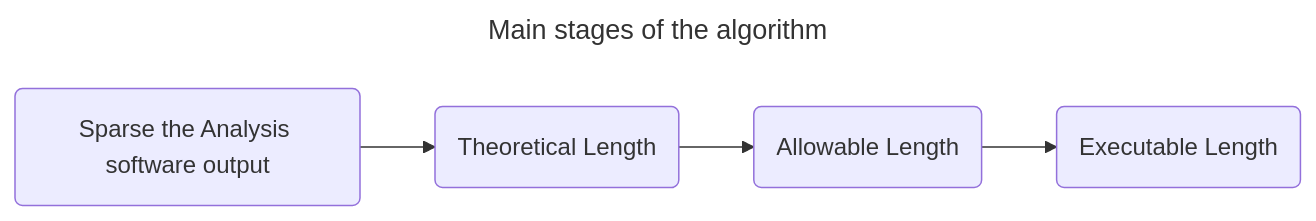
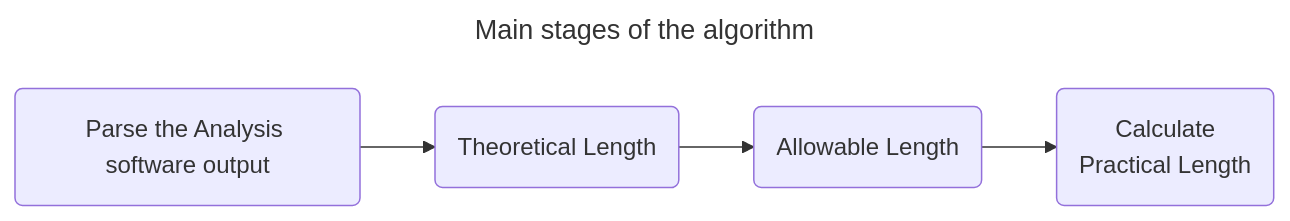
Before and after one commit to OPTiBAR/OPTiBAR: the diagram in docs/source/explanation/intro.md, drawn with Mermaid.

Commit message:
line break in diagram

````diff
--- a/docs/source/explanation/intro.md
+++ b/docs/source/explanation/intro.md
@@ -41,7 +41,7 @@
 ```{mermaid}
     ---
     title: Main stages of the algorithm
     ---
     flowchart LR
-        id1(Sparse the Analysis software output) --> id2(Theoretical Length) --> id3(Allowable Length) --> id4(Executable Length)
+        id1(Parse the Analysis software output) --> id2(Theoretical Length) --> id3(Allowable Length) --> id4(Calculate <br>Practical Length)
 ```
````
